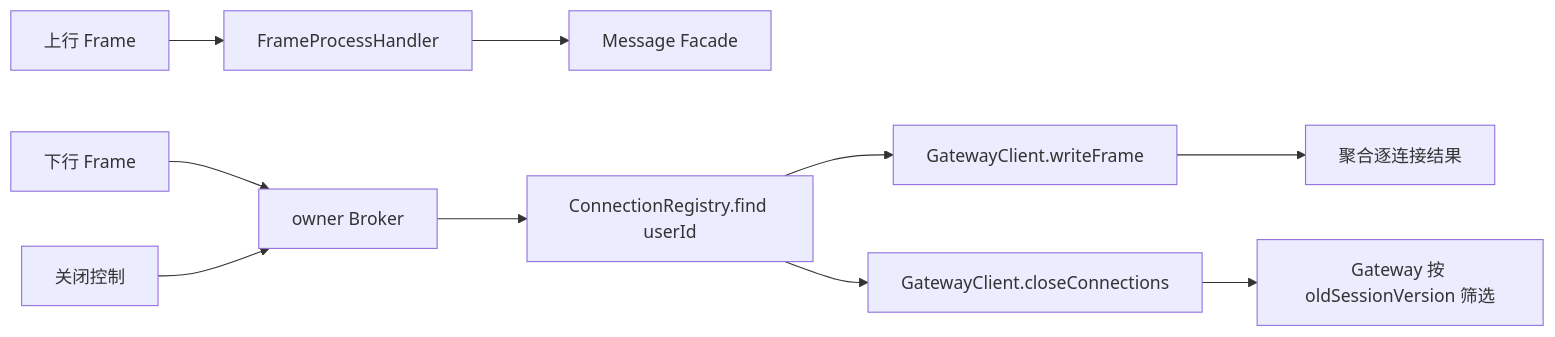
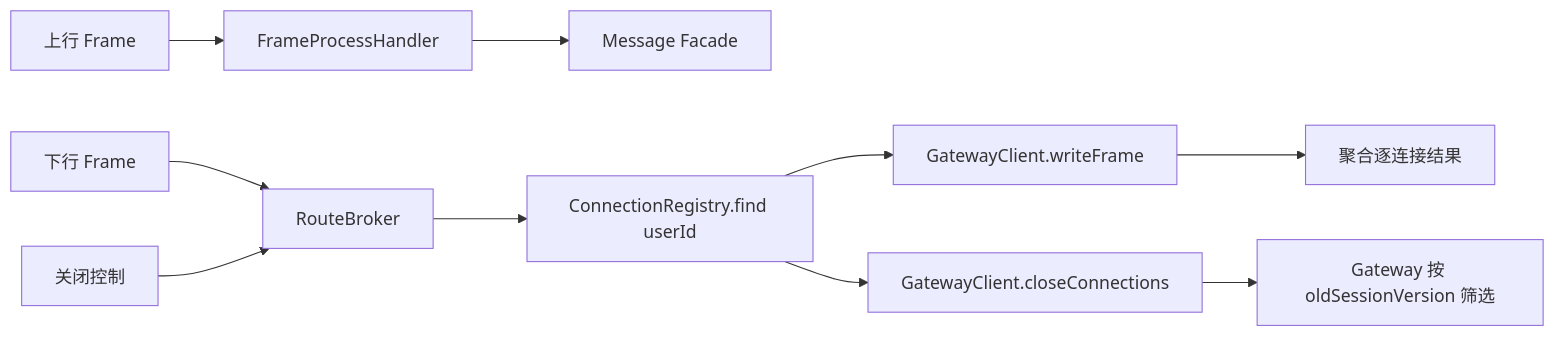
The fifth of 5 diagrams in im-broker/im-broker-server/README.md (kc-co9/im-chat), drawn with Mermaid before and after one commit. The commit also changed other lines of this file and 919 other files, not shown here.

````diff
--- a/im-broker/im-broker-server/README.md
+++ b/im-broker/im-broker-server/README.md
@@ -86,12 +549,12 @@
 ```mermaid
 flowchart LR
     Up[上行 Frame] --> Process[FrameProcessHandler]
     Process --> Message[Message Facade]
-    Down[下行 Frame] --> Owner[owner Broker]
+    Down[下行 Frame] --> Owner[RouteBroker]
     Close[关闭控制] --> Owner
     Owner --> Registry[ConnectionRegistry.find userId]
     Registry --> Write[GatewayClient.writeFrame]
     Registry --> CloseCall[GatewayClient.closeConnections]
     Write --> Result[聚合逐连接结果]
     CloseCall --> Filter[Gateway 按 oldSessionVersion 筛选]
 ```
````
